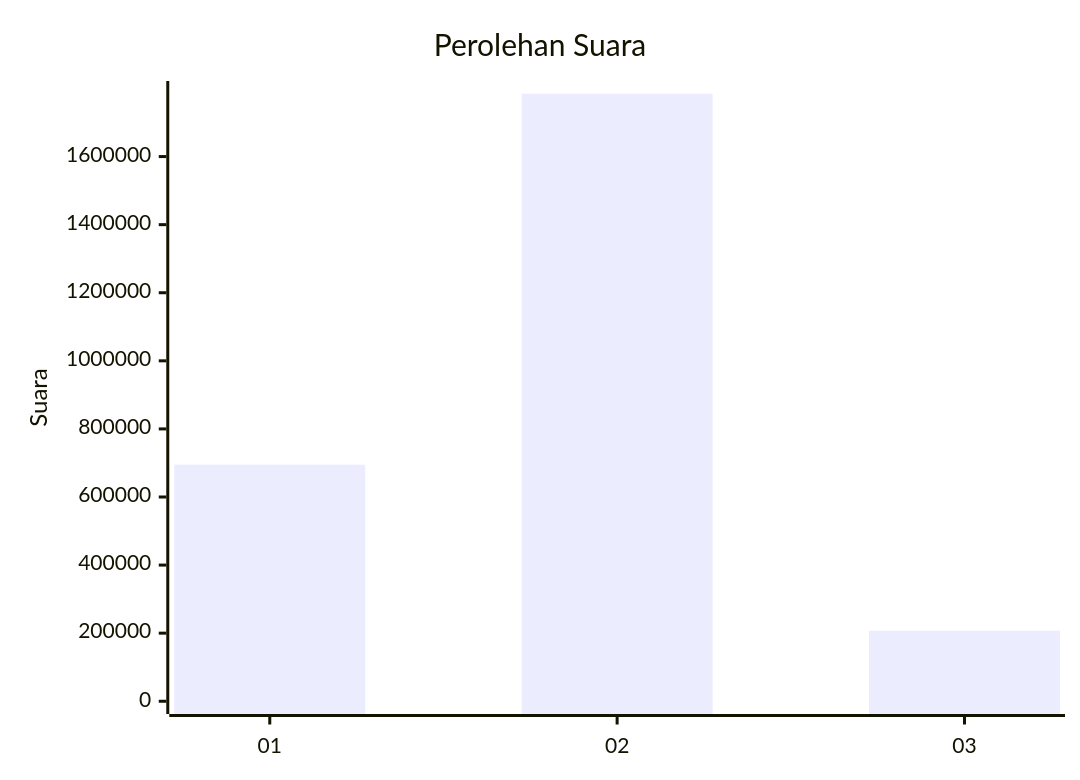
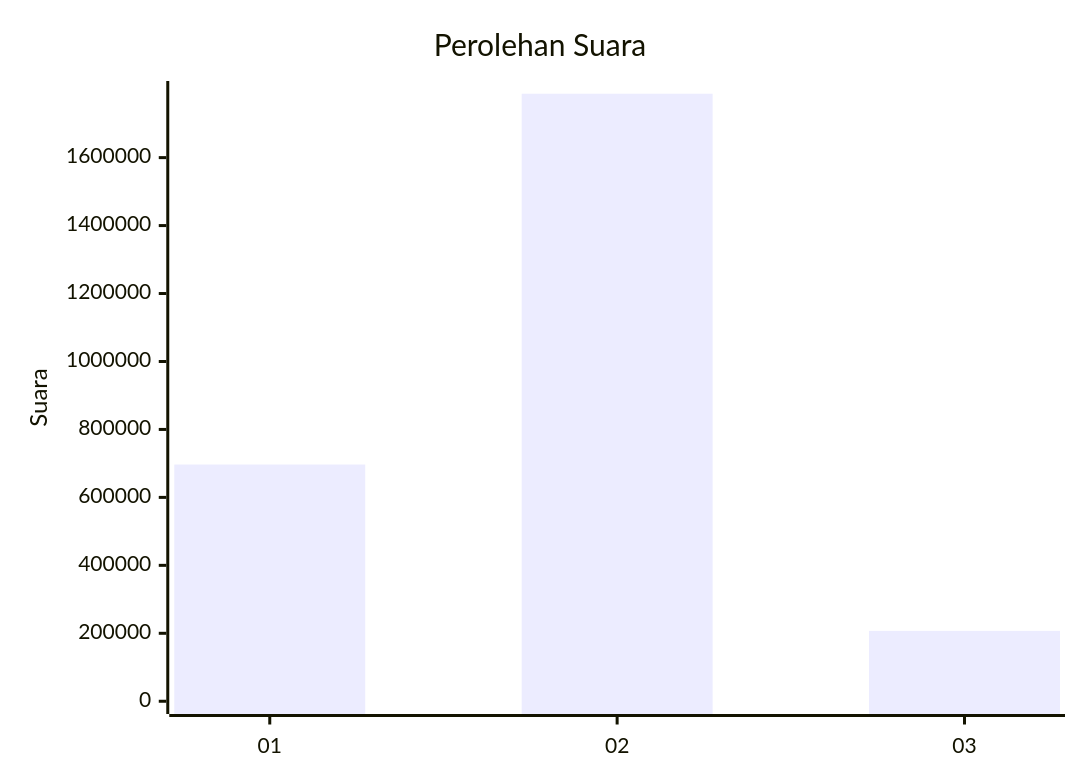
One commit to gigit-pemilu/pemilu-2024 changed the first of 2 diagrams in pilpres/hitung-suara/sub/table-wilayah-52.md. Above: the diagram before and after it, drawn with Mermaid. The commit also changed other lines of this file and 9 other files, not shown here.

````diff
--- a/pilpres/hitung-suara/sub/table-wilayah-52.md
+++ b/pilpres/hitung-suara/sub/table-wilayah-52.md
@@ -7,7 +7,7 @@
 ```mermaid
 xychart-beta
     title "Perolehan Suara"
     x-axis [01, 02, 03]
-    y-axis "Suara" 0 --> 1784543
-    bar [694910, 1784543, 207100]
+    y-axis "Suara" 0 --> 1787993
+    bar [696700, 1787993, 207180]
 ```
````
